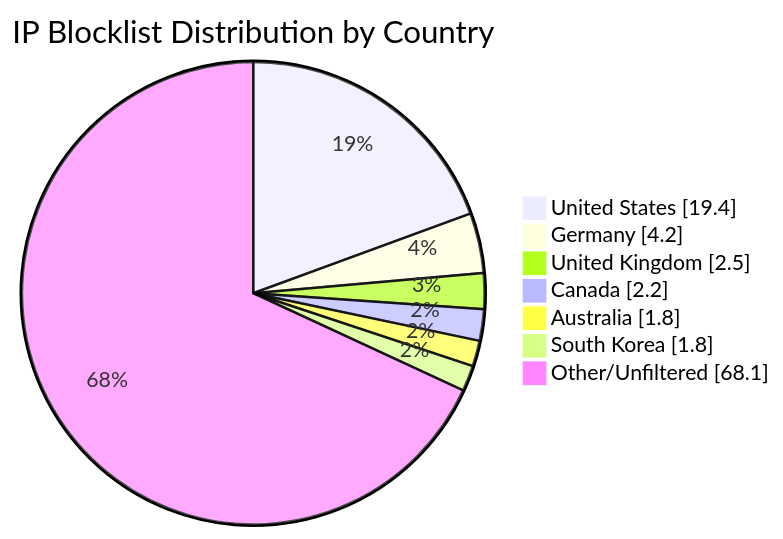
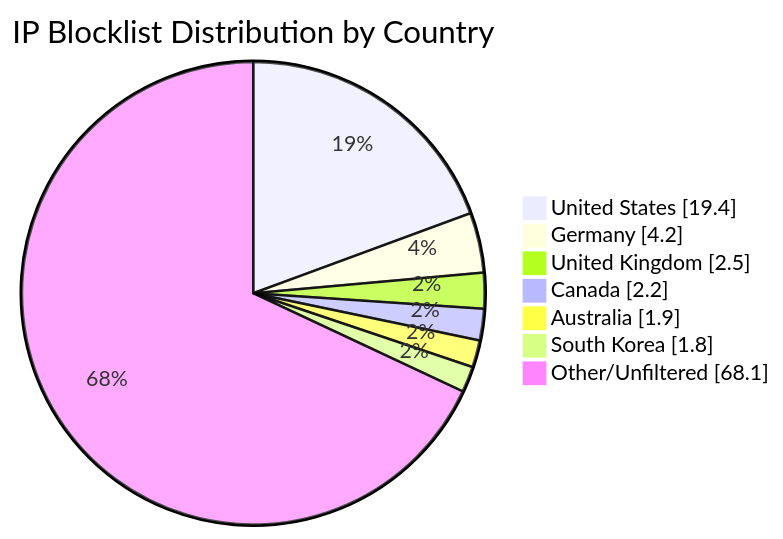
Before and after one commit to MarcusHoltz/ipblocklist-geofiltered-aggregator: the diagram in README.md, drawn with Mermaid. The commit also changed other lines of this file and 9 other files, not shown here.

````diff
--- a/README.md
+++ b/README.md
@@ -34,10 +34,10 @@
 ```mermaid
 pie showData title IP Blocklist Distribution by Country
 "United States" : 19.4
 "Germany" : 4.2
 "United Kingdom" : 2.5
 "Canada" : 2.2
-"Australia" : 1.8
+"Australia" : 1.9
 "South Korea" : 1.8
 "Other/Unfiltered" : 68.1
 ```
````
